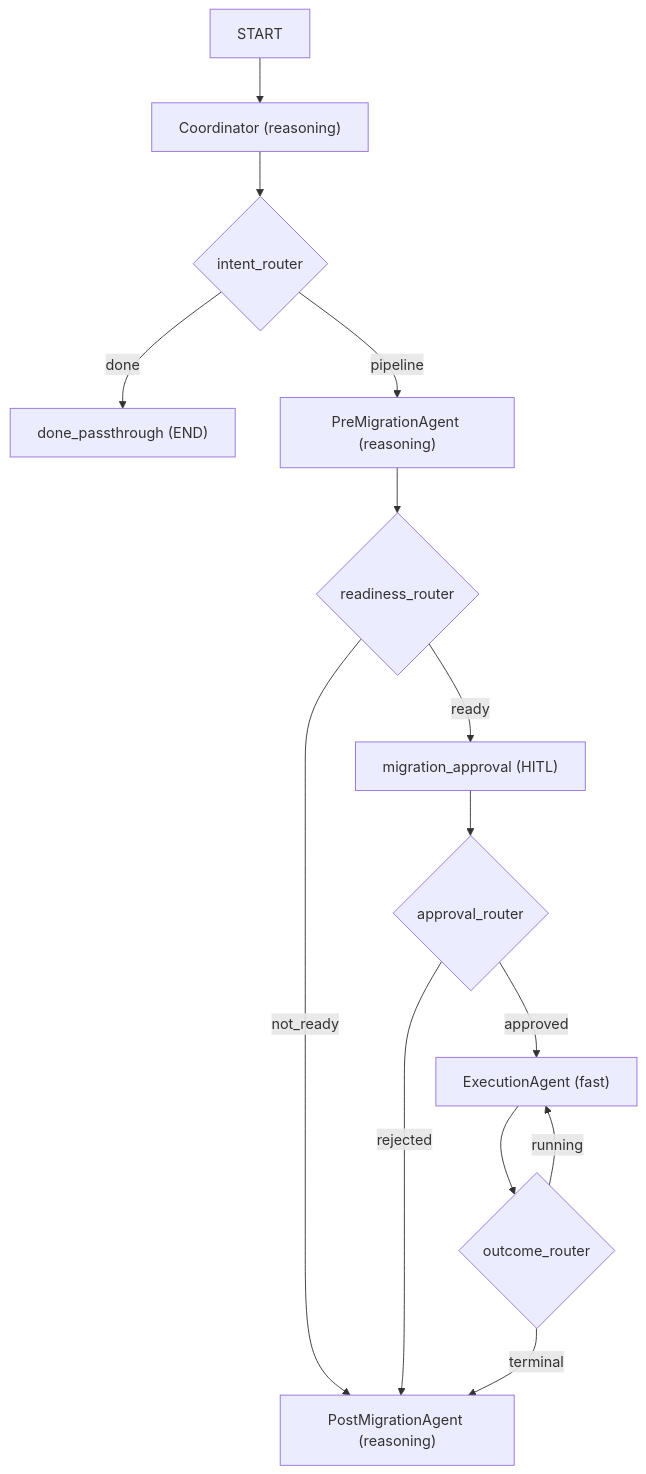
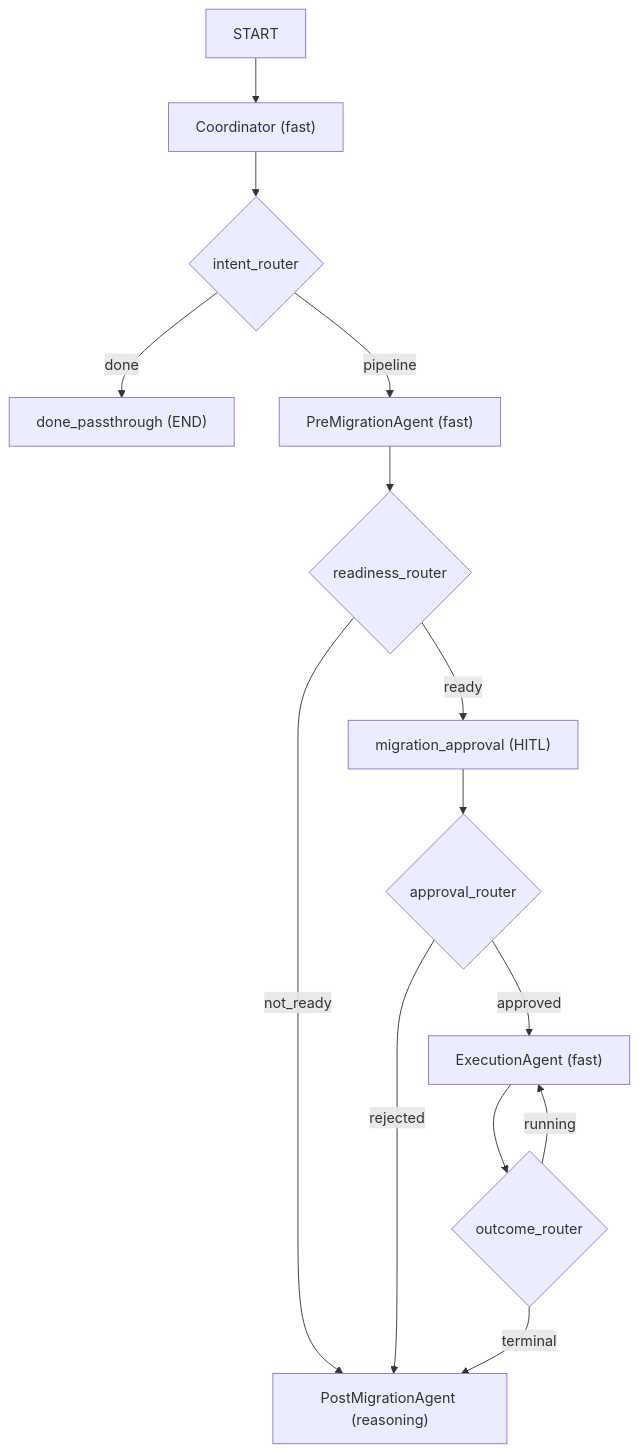
One commit to rrbanda/ocp-virt-migration-agent changed the second of 4 diagrams in docs/architecture.md. Above: the diagram before and after it, drawn with Mermaid. The commit also changed other lines of this file and 5 other files, not shown here.

First line of the commit message:
docs: update architecture diagrams and text for current 4-agent Workflow

````diff
--- a/docs/architecture.md
+++ b/docs/architecture.md
@@ -112,16 +109,16 @@
 ```mermaid
 graph TD
-    START --> Coordinator["Coordinator (reasoning)"]
+    START --> Coordinator["Coordinator (fast)"]
     Coordinator --> IR{intent_router}
     IR -->|done| DONE["done_passthrough (END)"]
-    IR -->|pipeline| PreMig["PreMigrationAgent (reasoning)"]
+    IR -->|pipeline| PreMig["PreMigrationAgent (fast)"]
     PreMig --> RR{readiness_router}
     RR -->|not_ready| PostMig["PostMigrationAgent (reasoning)"]
     RR -->|ready| HITL["migration_approval (HITL)"]
     HITL --> AR{approval_router}
     AR -->|rejected| PostMig
     AR -->|approved| Exec["ExecutionAgent (fast)"]
     Exec --> OR{outcome_router}
     OR -->|terminal| PostMig
     OR -->|running| Exec
 ```
````
